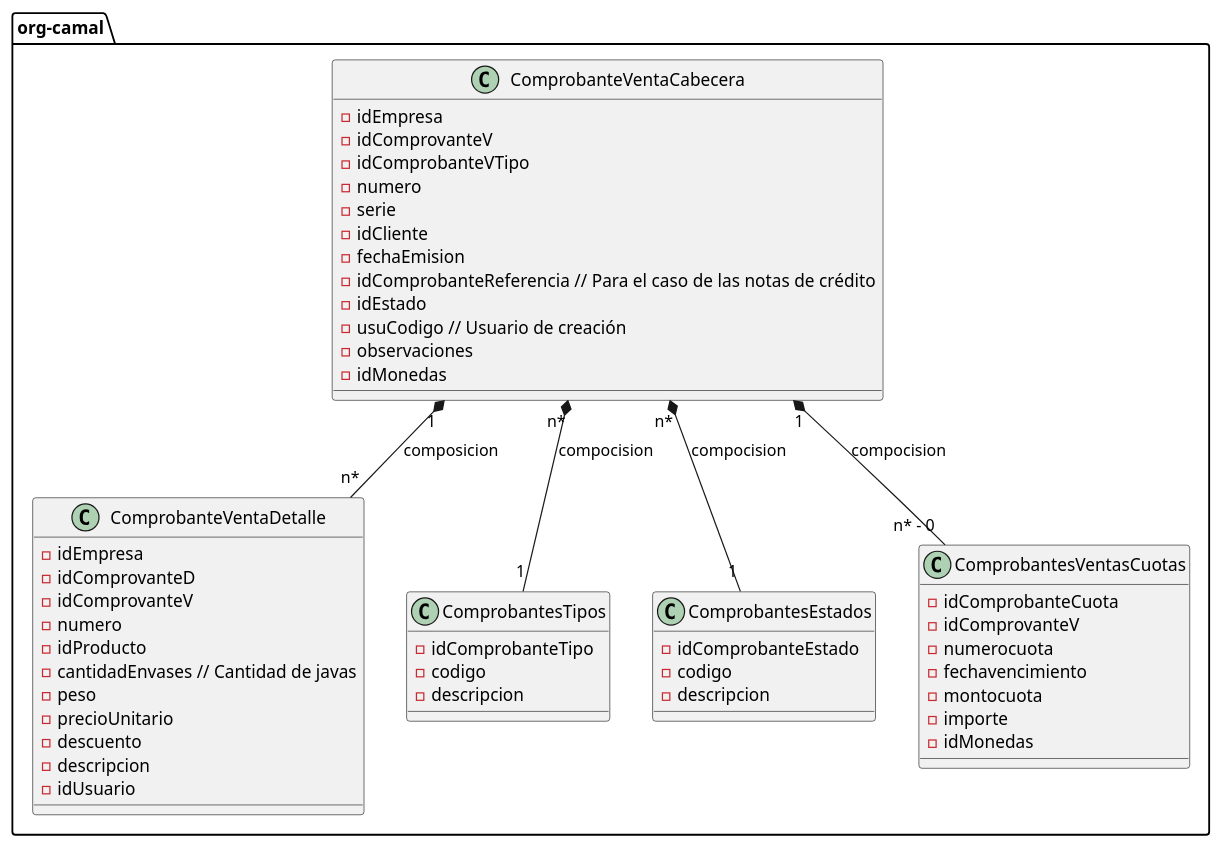
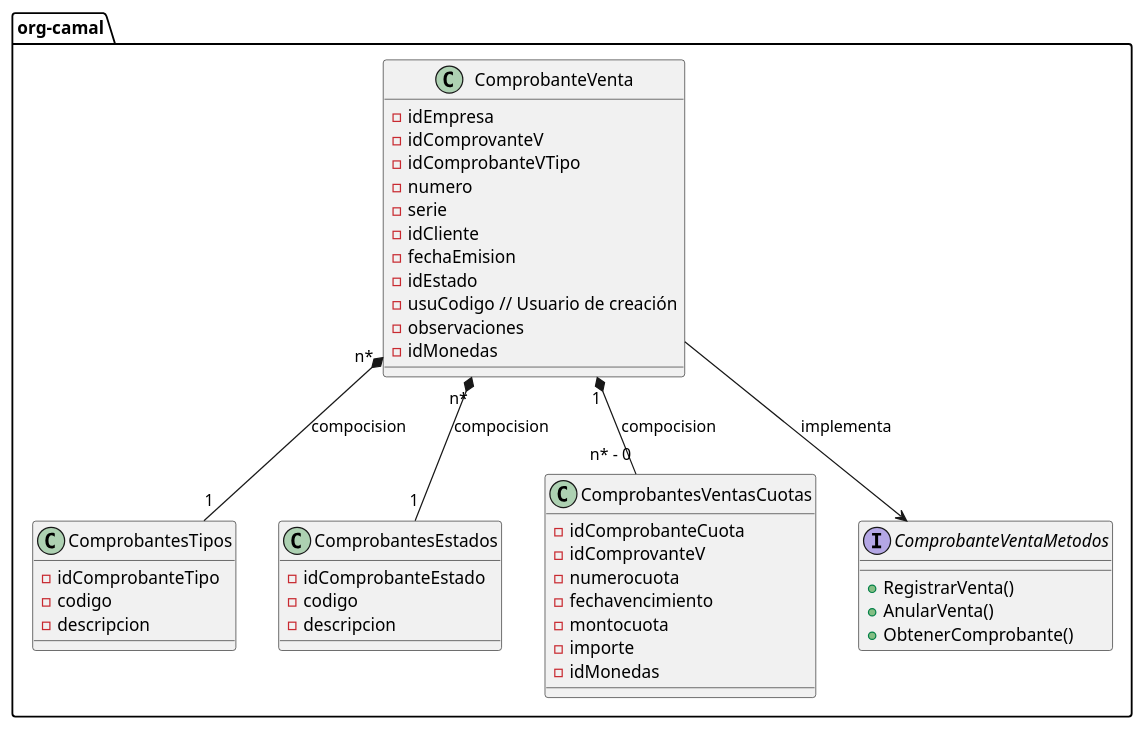
One commit to Digbers/camal-microservice changed the diagram in UML/ventas/DC ventas.puml. Above: the diagram before and after it, drawn with PlantUML. The commit also changed 296 other files, not shown here.

```diff
--- a/UML/ventas/DC ventas.puml
+++ b/UML/ventas/DC ventas.puml
@@ -1,57 +1,47 @@
 @startuml
 
 package "org-camal" {
-    class ComprobanteVentaCabecera{
+    class ComprobanteVenta{
         -idEmpresa
         -idComprovanteV
         -idComprobanteVTipo
         -numero
         -serie
         -idCliente
         -fechaEmision
-        -idComprobanteReferencia // Para el caso de las notas de crédito
         -idEstado
         -usuCodigo // Usuario de creación
         -observaciones
         -idMonedas
-    }
-    class ComprobanteVentaDetalle{
-        -idEmpresa
-        -idComprovanteD
-        -idComprovanteV
-        -numero
-        -idProducto
-        -cantidadEnvases // Cantidad de javas
-        -peso
-        -precioUnitario
-        -descuento
-        -descripcion
-        -idUsuario
     }
     class ComprobantesTipos {
         -idComprobanteTipo
         -codigo
         -descripcion
     }
     class ComprobantesEstados {
         -idComprobanteEstado
         -codigo
         -descripcion
     }
     class ComprobantesVentasCuotas {
         -idComprobanteCuota
         -idComprovanteV
         -numerocuota
         -fechavencimiento
         -montocuota
         -importe
         -idMonedas
     }
-
-    ComprobanteVentaCabecera "1" *-- "n*" ComprobanteVentaDetalle : composicion
-    ComprobanteVentaCabecera "n*" *-- "1" ComprobantesTipos : compocision
-    ComprobanteVentaCabecera "n*" *-- "1" ComprobantesEstados : compocision
-    ComprobanteVentaCabecera "1" *-- "n* - 0" ComprobantesVentasCuotas : compocision
-}
+    interface ComprobanteVentaMetodos {
+        + RegistrarVenta()
+        + AnularVenta()
+        + ObtenerComprobante()
+    }
+    ComprobanteVenta "n*" *-- "1" ComprobantesTipos : compocision
+    ComprobanteVenta "n*" *-- "1" ComprobantesEstados : compocision
+    ComprobanteVenta "1" *-- "n* - 0" ComprobantesVentasCuotas : compocision
+    ComprobanteVenta --> ComprobanteVentaMetodos : implementa
+    }
 
 @enduml
```
